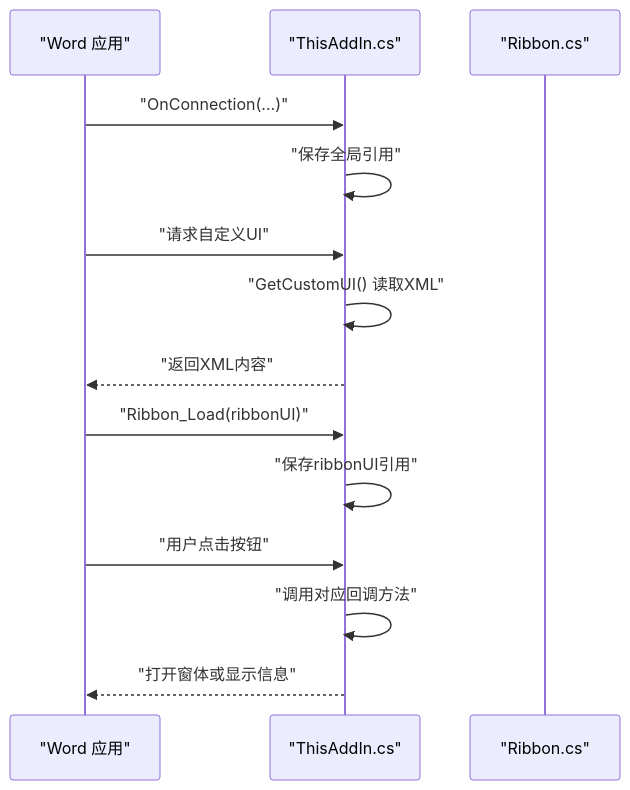
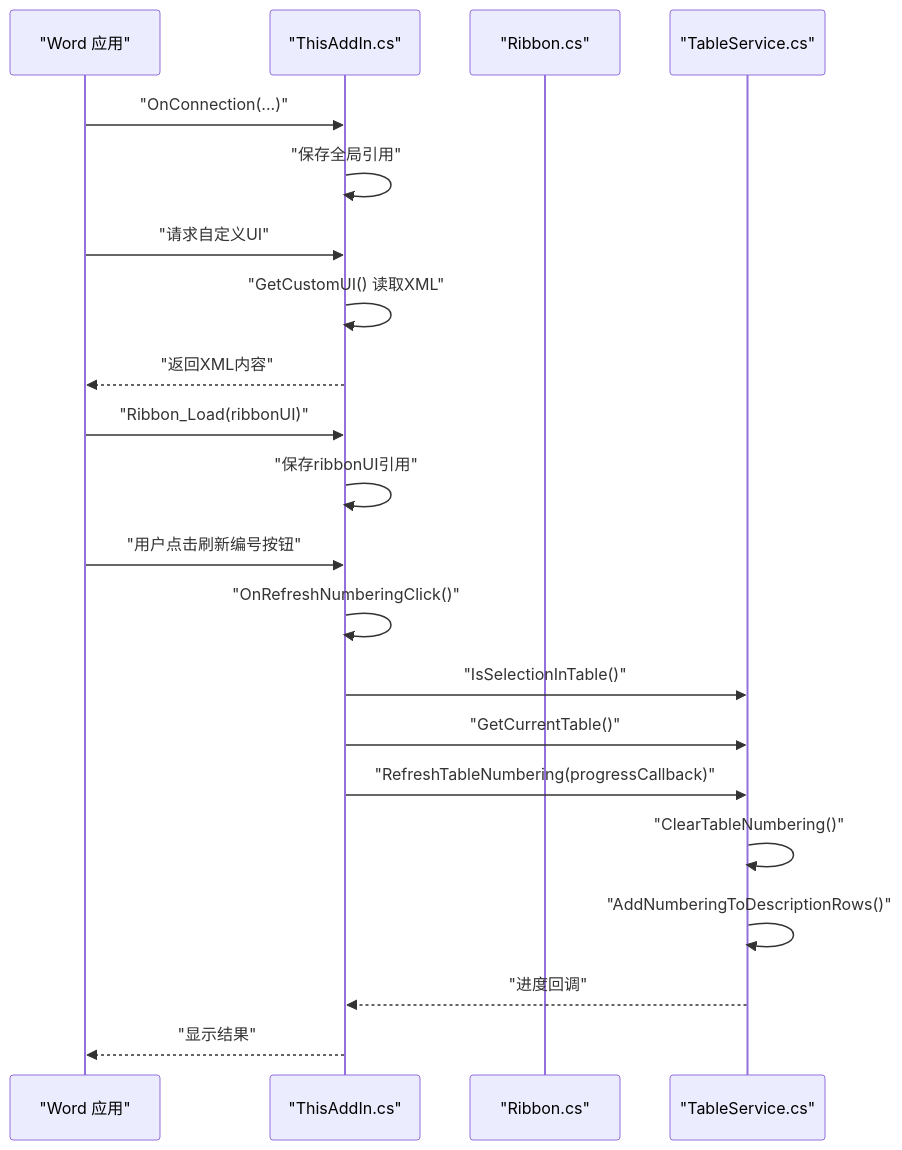
The fifth of 12 diagrams in .qoder/repowiki/zh/content/架构设计/Ribbon界面系统.md (rainiva/WordTools), drawn with Mermaid before and after one commit. The commit also changed other lines of this file and 12 other files, not shown here.

````diff
--- a/.qoder/repowiki/zh/content/架构设计/Ribbon界面系统.md
+++ b/.qoder/repowiki/zh/content/架构设计/Ribbon界面系统.md
@@ -176,16 +213,23 @@
 ```mermaid
 sequenceDiagram
 participant Word as "Word 应用"
 participant AddIn as "ThisAddIn.cs"
 participant Ribbon as "Ribbon.cs"
+participant TableService as "TableService.cs"
 Word->>AddIn : "OnConnection(...)"
 AddIn->>AddIn : "保存全局引用"
 Word->>AddIn : "请求自定义UI"
 AddIn->>AddIn : "GetCustomUI() 读取XML"
 AddIn-->>Word : "返回XML内容"
 Word->>AddIn : "Ribbon_Load(ribbonUI)"
 AddIn->>AddIn : "保存ribbonUI引用"
-Word->>AddIn : "用户点击按钮"
-AddIn->>AddIn : "调用对应回调方法"
-AddIn-->>Word : "打开窗体或显示信息"
+Word->>AddIn : "用户点击刷新编号按钮"
+AddIn->>AddIn : "OnRefreshNumberingClick()"
+AddIn->>TableService : "IsSelectionInTable()"
+AddIn->>TableService : "GetCurrentTable()"
+AddIn->>TableService : "RefreshTableNumbering(progressCallback)"
+TableService->>TableService : "ClearTableNumbering()"
+TableService->>TableService : "AddNumberingToDescriptionRows()"
+TableService-->>AddIn : "进度回调"
+AddIn-->>Word : "显示结果"
 ```
````
